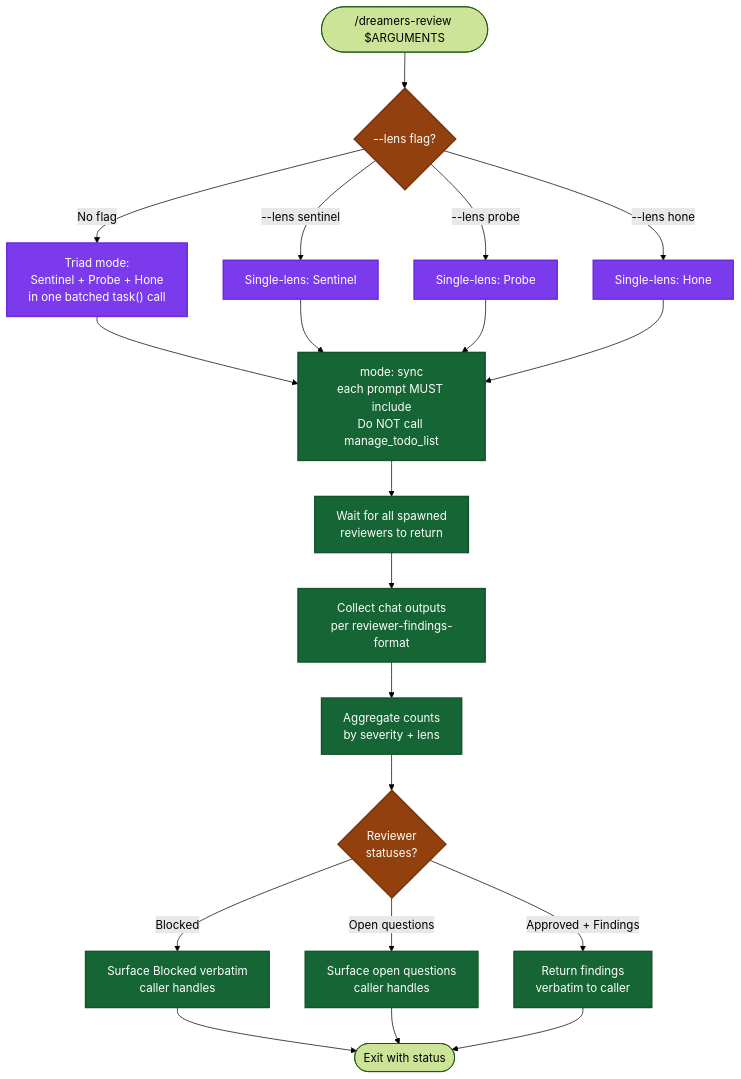
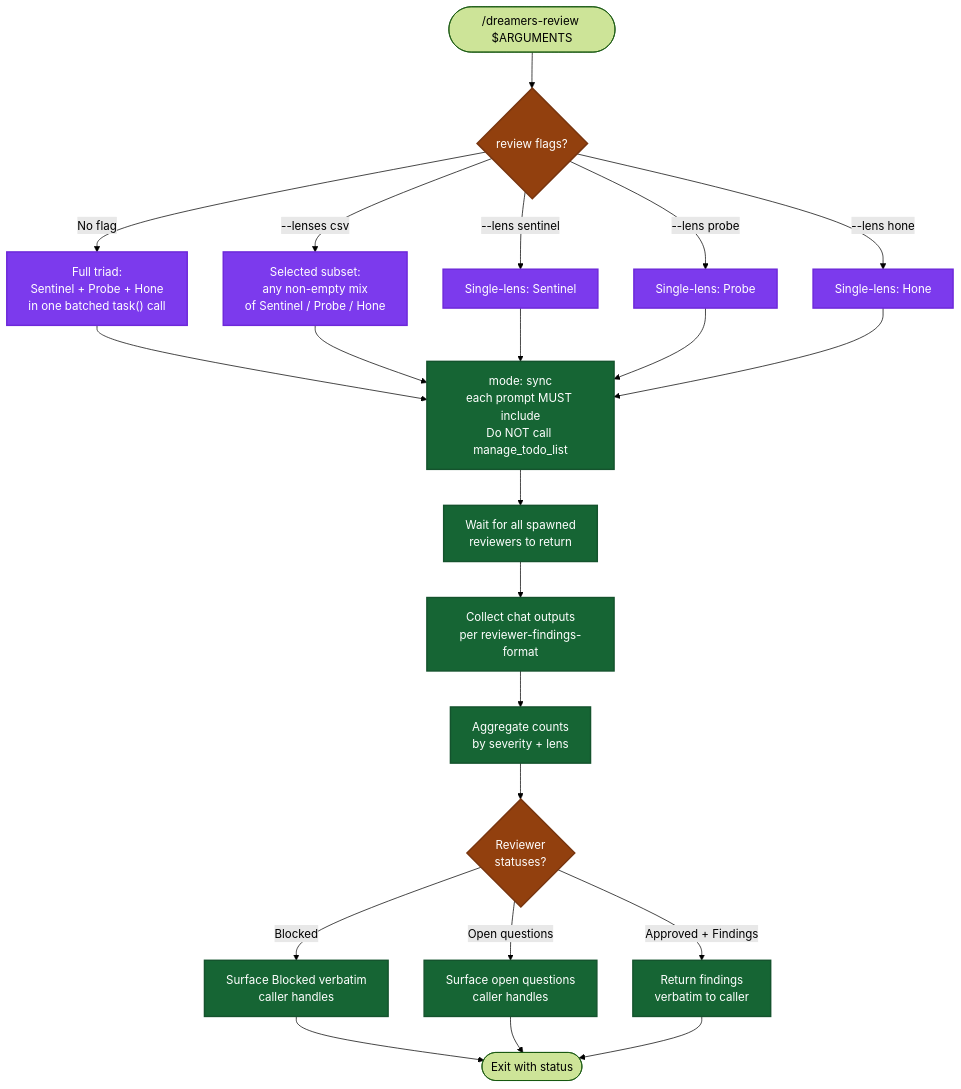
One commit to mrStorrs/dreamers-copilot changed the diagram in .github/skills/dreamers-review/readme.md. Above: the diagram before and after it, drawn with Mermaid (forest theme). The commit also changed other lines of this file and 15 other files, not shown here.

````diff
--- a/.github/skills/dreamers-review/readme.md
+++ b/.github/skills/dreamers-review/readme.md
@@ -5,35 +5,37 @@
 ```mermaid
 flowchart TD
-    Start(["/dreamers-review $ARGUMENTS"]) --> ModeCheck{"--lens flag?"}
+    Start(["/dreamers-review $ARGUMENTS"]) --> ModeCheck{"review flags?"}
 
-    ModeCheck -->|No flag| Triad["Triad mode:<br/>Sentinel + Probe + Hone<br/>in one batched task() call"]
+    ModeCheck -->|No flag| Triad["Full triad:<br/>Sentinel + Probe + Hone<br/>in one batched task() call"]
+    ModeCheck -->|--lenses csv| Selected["Selected subset:<br/>any non-empty mix<br/>of Sentinel / Probe / Hone"]
     ModeCheck -->|--lens sentinel| LensS["Single-lens: Sentinel"]
     ModeCheck -->|--lens probe| LensP["Single-lens: Probe"]
     ModeCheck -->|--lens hone| LensH["Single-lens: Hone"]
 
     Triad --> Spawn["mode: sync<br/>each prompt MUST include<br/>Do NOT call manage_todo_list"]
+    Selected --> Spawn
     LensS --> Spawn
     LensP --> Spawn
     LensH --> Spawn
 
     Spawn --> Wait["Wait for all spawned<br/>reviewers to return"]
     Wait --> Collect["Collect chat outputs<br/>per reviewer-findings-format"]
     Collect --> Aggregate["Aggregate counts<br/>by severity + lens"]
     Aggregate --> CheckStatus{"Reviewer<br/>statuses?"}
 
     CheckStatus -->|Blocked| Surface1["Surface Blocked verbatim<br/>caller handles"]
     CheckStatus -->|Open questions| Surface2["Surface open questions<br/>caller handles"]
     CheckStatus -->|Approved + Findings| Report["Return findings<br/>verbatim to caller"]
 
     Surface1 --> End(["Exit with status"])
     Surface2 --> End
     Report --> End
 
     classDef gate fill:#92400e,stroke:#78350f,stroke-width:2px,color:#fff
     classDef phase fill:#166534,stroke:#14532d,stroke-width:2px,color:#fff
     classDef agent fill:#7c3aed,stroke:#6d28d9,stroke-width:2px,color:#fff
 
     class ModeCheck,CheckStatus gate
-    class Triad,LensS,LensP,LensH agent
+    class Triad,Selected,LensS,LensP,LensH agent
     class Spawn,Wait,Collect,Aggregate,Surface1,Surface2,Report phase
 ```
````
